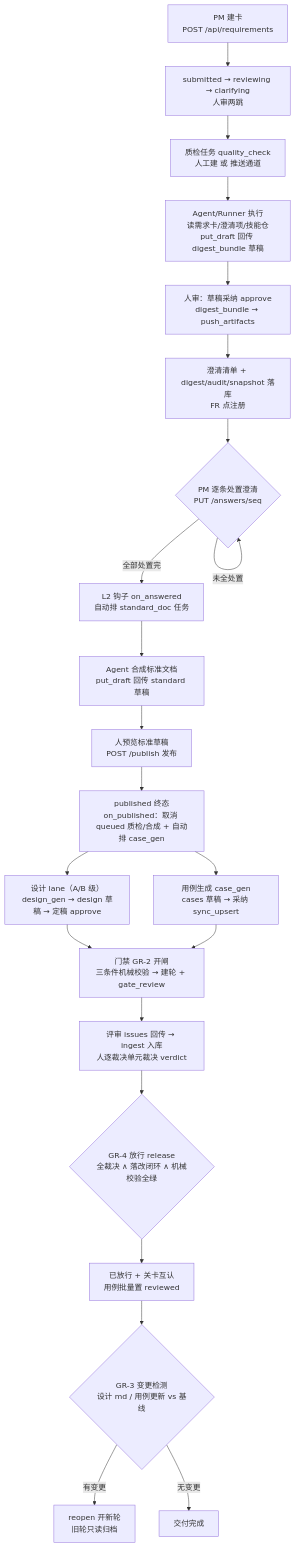
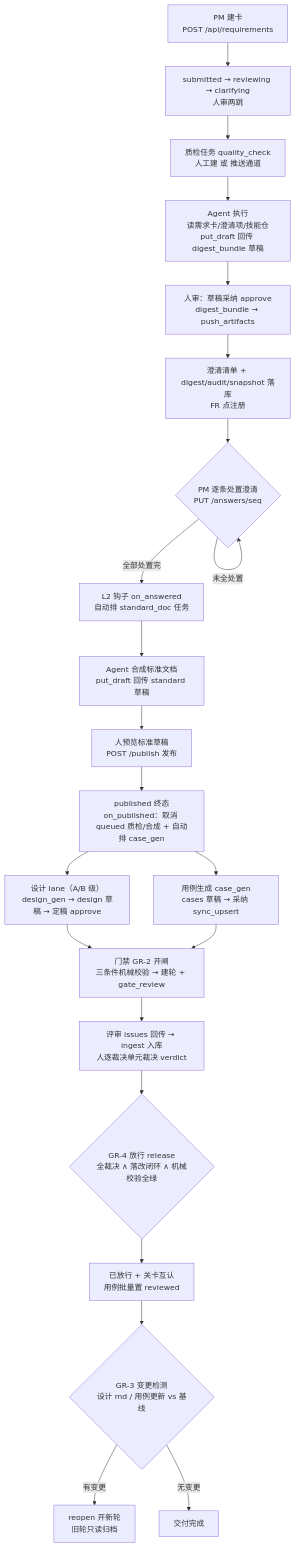
One commit to TsCarpe/sdlc-platform-server changed the fourth of 10 diagrams in docs/ER图与业务流程.md. Above: the diagram before and after it, drawn with Mermaid. The commit also changed other lines of this file and 4 other files, not shown here.

Commit message:
文档：runner 下线口径收敛——CLAUDE.md（单执行通道/两处同步/删 runner.sh 命令）、README（依赖表删 claude CLI 与 lark-cli、通道节改单通道、环境变量表删 SDLC_RUNNER_*/SDLC_PLATFORM_URL 补 SDLC_GATE_TIMEOUT_MIN）、ER图（架构图/时序图/对照表/红线 12/环境变量表改单通道）、EXEC-PLAN-K8s（§0/§2.1/§8-4 标注已下线）、ci.yml 注释两处同步；HANDOFF-runner下线.md 使命已尽删除

````diff
--- a/docs/ER图与业务流程.md
+++ b/docs/ER图与业务流程.md
@@ -332,24 +332,24 @@
 ```mermaid
 flowchart TD
     A[PM 建卡<br/>POST /api/requirements] --> B[submitted → reviewing → clarifying<br/>人审两跳]
     B --> C[质检任务 quality_check<br/>人工建 或 推送通道]
-    C --> D[Agent/Runner 执行<br/>读需求卡/澄清项/技能仓<br/>put_draft 回传 digest_bundle 草稿]
+    C --> D[Agent 执行<br/>读需求卡/澄清项/技能仓<br/>put_draft 回传 digest_bundle 草稿]
     D --> E[人审：草稿采纳 approve<br/>digest_bundle → push_artifacts]
     E --> F[澄清清单 + digest/audit/snapshot 落库<br/>FR 点注册]
     F --> G{PM 逐条处置澄清<br/>PUT /answers/seq}
     G -->|未全处置| G
     G -->|全部处置完| H[L2 钩子 on_answered<br/>自动排 standard_doc 任务]
     H --> I[Agent 合成标准文档<br/>put_draft 回传 standard 草稿]
     I --> J[人预览标准草稿<br/>POST /publish 发布]
     J --> K[published 终态<br/>on_published：取消 queued 质检/合成 + 自动排 case_gen]
     K --> L[设计 lane（A/B 级）<br/>design_gen → design 草稿 → 定稿 approve]
     K --> M[用例生成 case_gen<br/>cases 草稿 → 采纳 sync_upsert]
     L --> N[门禁 GR-2 开闸<br/>三条件机械校验 → 建轮 + gate_review]
     M --> N
     N --> O[评审 issues 回传 → ingest 入库<br/>人逐裁决单元裁决 verdict]
     O --> P{GR-4 放行 release<br/>全裁决 ∧ 落改闭环 ∧ 机械校验全绿}
     P --> Q[已放行 + 关卡互认<br/>用例批量置 reviewed]
     Q --> R{GR-3 变更检测<br/>设计 md / 用例更新 vs 基线}
     R -->|有变更| S[reopen 开新轮<br/>旧轮只读归档]
     R -->|无变更| T[交付完成]
 ```
````
